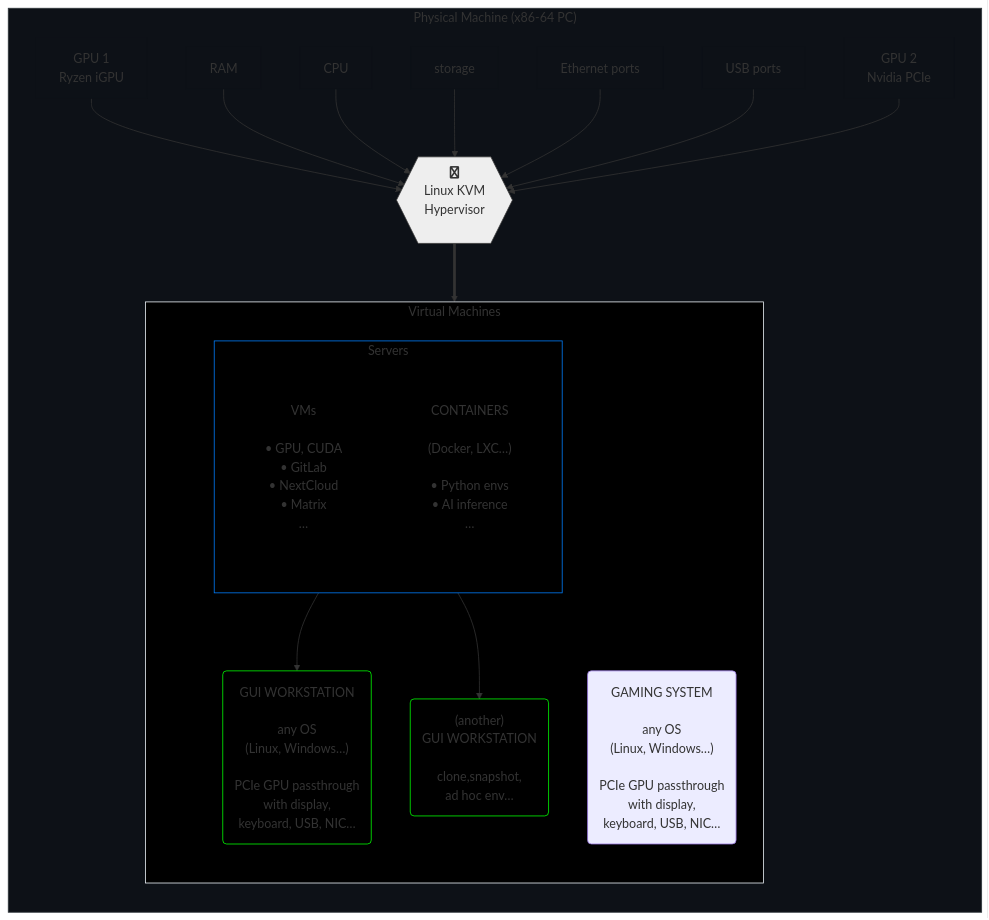
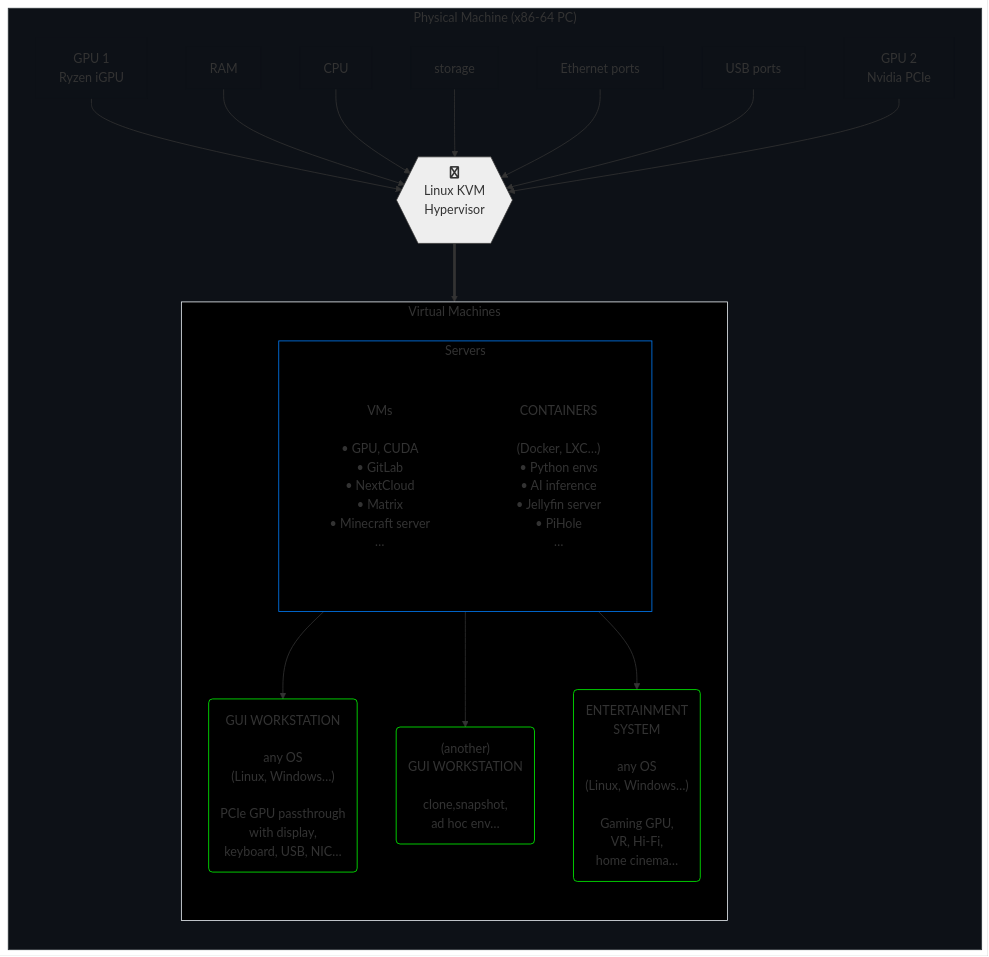
One commit to agenkit/GHost changed the diagram in README.md. Above: the diagram before and after it, drawn with Mermaid. The commit also changed other lines of this file, not shown here.

````diff
--- a/README.md
+++ b/README.md
@@ -19,56 +23,57 @@
 ```mermaid
 graph TB
 
    subgraph p["Physical Machine (x86-64 PC)"]
       direction TB
 
       pgpu1["GPU 1<br>Ryzen iGPU"] --> h
       pmem["RAM<br>"] --> h
       pcpu["CPU<br>"] --> h
       pstor["storage<br>"] --> h
       pnet["Ethernet ports"] --> h
       pusb["USB ports"] --> h
       pgpu2["GPU 2<br>Nvidia PCIe"] --> h
       h{{fa:fa-linux<br>Linux KVM<br>Hypervisor<br><br>}}
 
       h ==> v
 
       subgraph v["Virtual Machines"]
          direction TB
 
          g("GUI WORKSTATION<br><br>any OS<br>(Linux, Windows…)<br><br>PCIe GPU passthrough<br>with display,<br>keyboard, USB, NIC…")
          gn("(another)<br>GUI WORKSTATION<br><br>clone,snapshot,<br>ad hoc env…")
-         gg("GAMING SYSTEM <br><br>any OS<br>(Linux, Windows…)<br><br>PCIe GPU passthrough<br>with display,<br>keyboard, USB, NIC…")
+         gg("ENTERTAINMENT<br>SYSTEM<br><br>any OS<br>(Linux, Windows…)<br><br>Gaming GPU,<br>VR, Hi-Fi, <br>home cinema…")
          subgraph s["Servers"]
             direction TB
-            vsrv["VMs<br><br>• GPU, CUDA<br>• GitLab<br>• NextCloud<br>• Matrix<br>…"]
-            cont["CONTAINERS<br><br>(Docker, LXC…)<br><br>• Python envs<br>• AI inference<br>…"]
+            vsrv["VMs<br><br>• GPU, CUDA<br>• GitLab<br>• NextCloud<br>• Matrix<br>• Minecraft server<br>…"]
+            cont["CONTAINERS<br><br>(Docker, LXC…)<br>• Python envs<br>• AI inference<br>• Jellyfin server<br>• PiHole<br>…"]
          end
-         s --> g & gn
+         s --> g & gn & gg
       end
    end
 
 p:::main
 v:::wht
 h:::lit
 pgpu1:::tr1
 pmem:::tr1
 pcpu:::tr1
 pstor:::tr1
 pnet:::tr1
 pusb:::tr1
 pgpu2:::tr1
 s:::blu
 g:::grn
 gn:::grn
+gg:::grn
 vsrv:::tr2
 cont:::tr2
 classDef main fill:#0d1117,stroke:#30363c
 classDef tr1 fill:#0d1117,stroke:#0d1117
 classDef tr2 fill:#000,stroke:#000
 classDef wht fill:#000,stroke:#f0f6fc
 classDef red fill:#000,stroke:#f00
 classDef blu fill:#000,stroke:#007FFF
 classDef lit fill:#eee,stroke:#333,color:#333
 classDef grn fill:#000,stroke:#0f0
 ```
````
